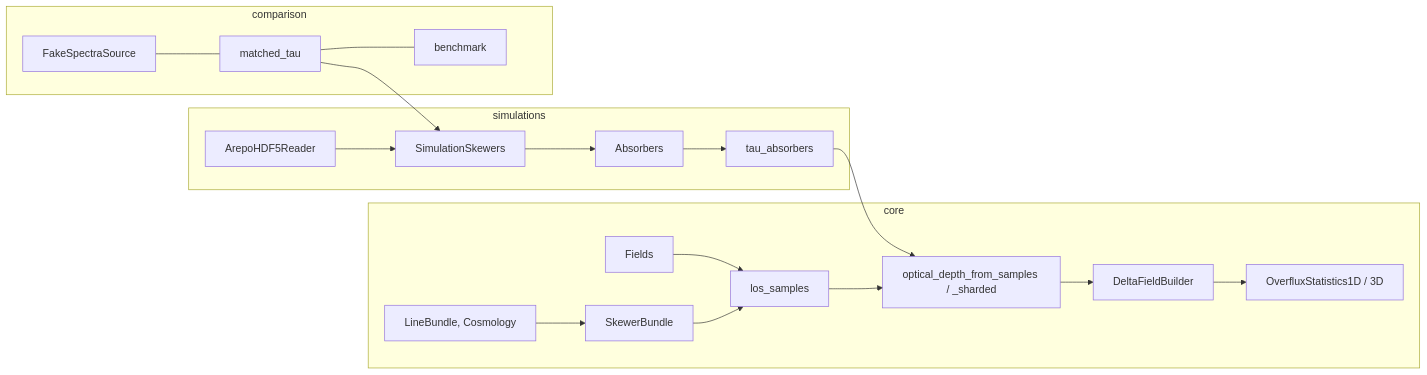
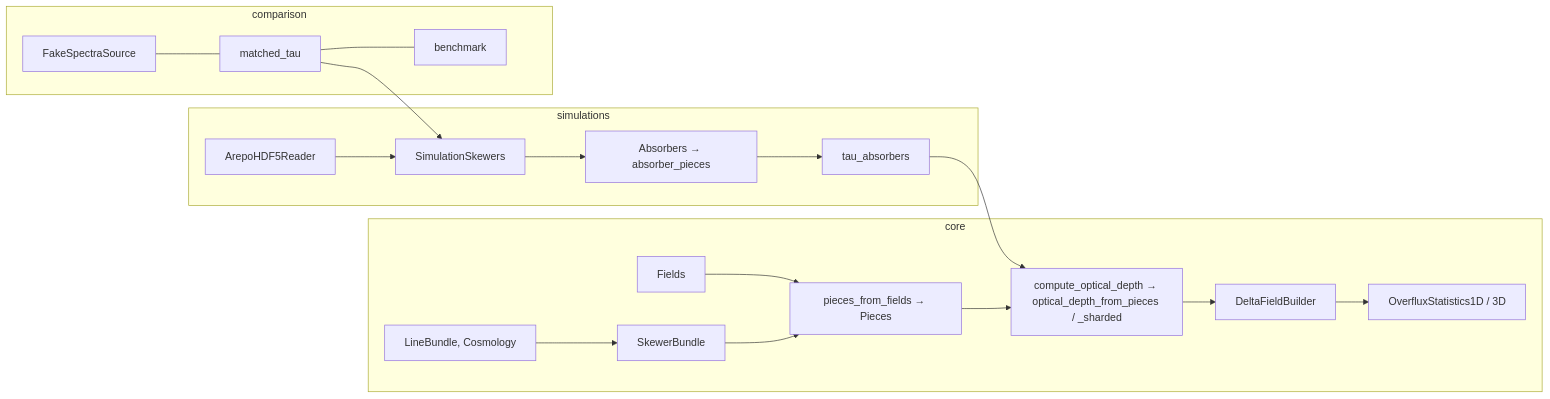
The diagram in docs/usage.md (daniellopezcano/SkewerJAX), drawn with Mermaid before and after one commit. The commit also changed other lines of this file and 40 other files, not shown here.

````diff
--- a/docs/usage.md
+++ b/docs/usage.md
@@ -7,18 +7,18 @@
 ```mermaid
 flowchart LR
     subgraph A["core"]
         L[LineBundle, Cosmology] --> S[SkewerBundle]
-        S --> LS[los_samples]
+        S --> LS["pieces_from_fields → Pieces"]
         F[Fields] --> LS
-        LS --> T["optical_depth_from_samples / _sharded"]
+        LS --> T["compute_optical_depth → optical_depth_from_pieces / _sharded"]
         T --> O[DeltaFieldBuilder] --> ST[OverfluxStatistics1D / 3D]
     end
     subgraph B["simulations"]
-        R[ArepoHDF5Reader] --> SS[SimulationSkewers] --> AB[Absorbers] --> TA[tau_absorbers]
+        R[ArepoHDF5Reader] --> SS[SimulationSkewers] --> AB["Absorbers → absorber_pieces"] --> TA[tau_absorbers]
     end
     subgraph C["comparison"]
         FS[FakeSpectraSource] --- MT[matched_tau] --- BM[benchmark]
     end
     TA --> T
     MT --> SS
 ```
````
